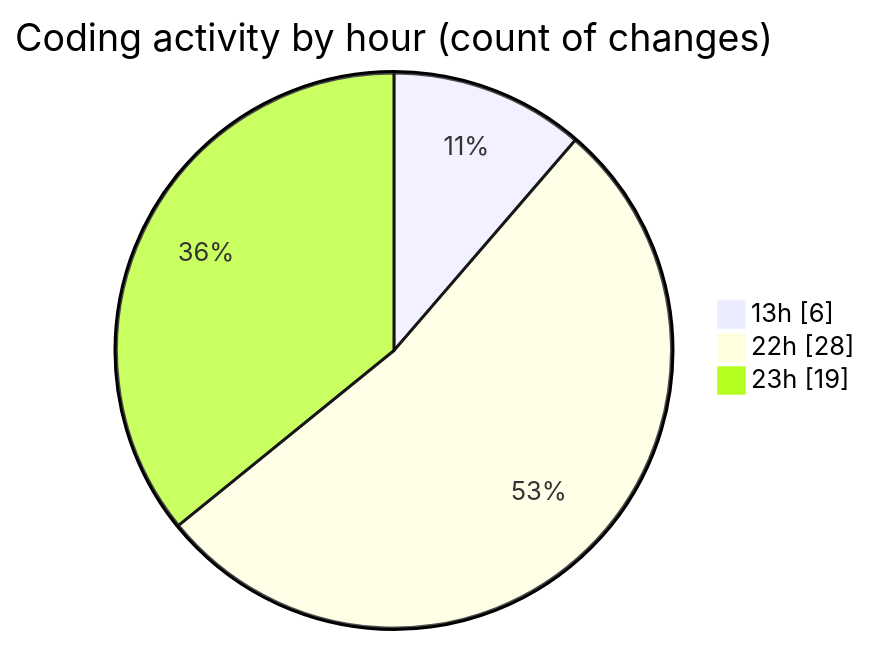
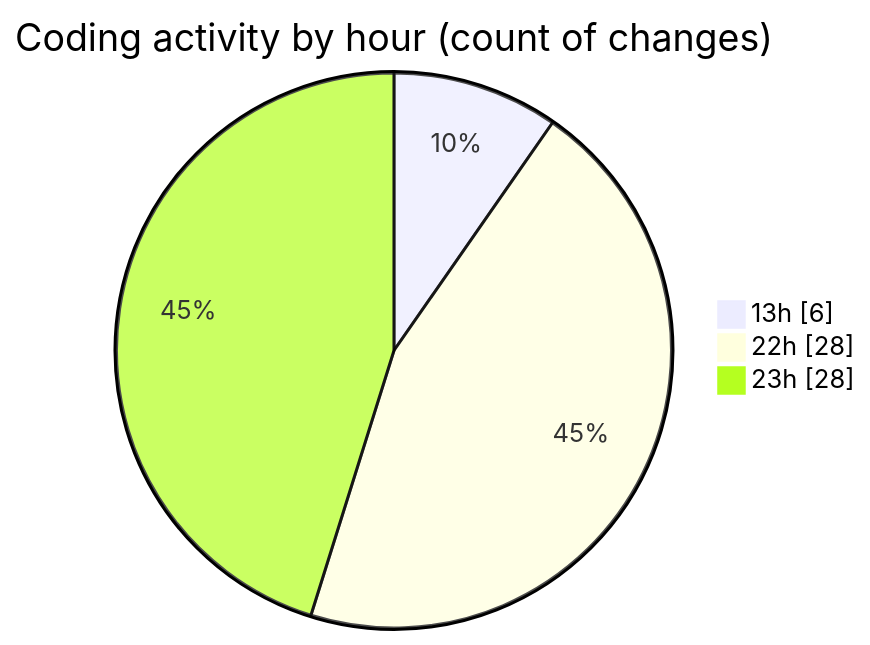
The second of 2 diagrams in 2025-09-02/quytuthien_vn/README.md (lephambinh05/code-tracking), drawn with Mermaid before and after one commit. The commit also changed other lines of this file and 1 other file, not shown here.

````diff
--- a/2025-09-02/quytuthien_vn/README.md
+++ b/2025-09-02/quytuthien_vn/README.md
@@ -41,7 +44,7 @@
 ```mermaid
 pie showData
 title Coding activity by hour (count of changes)
 "13h" : 6
 "22h" : 28
-"23h" : 19
+"23h" : 28
 ```
````
